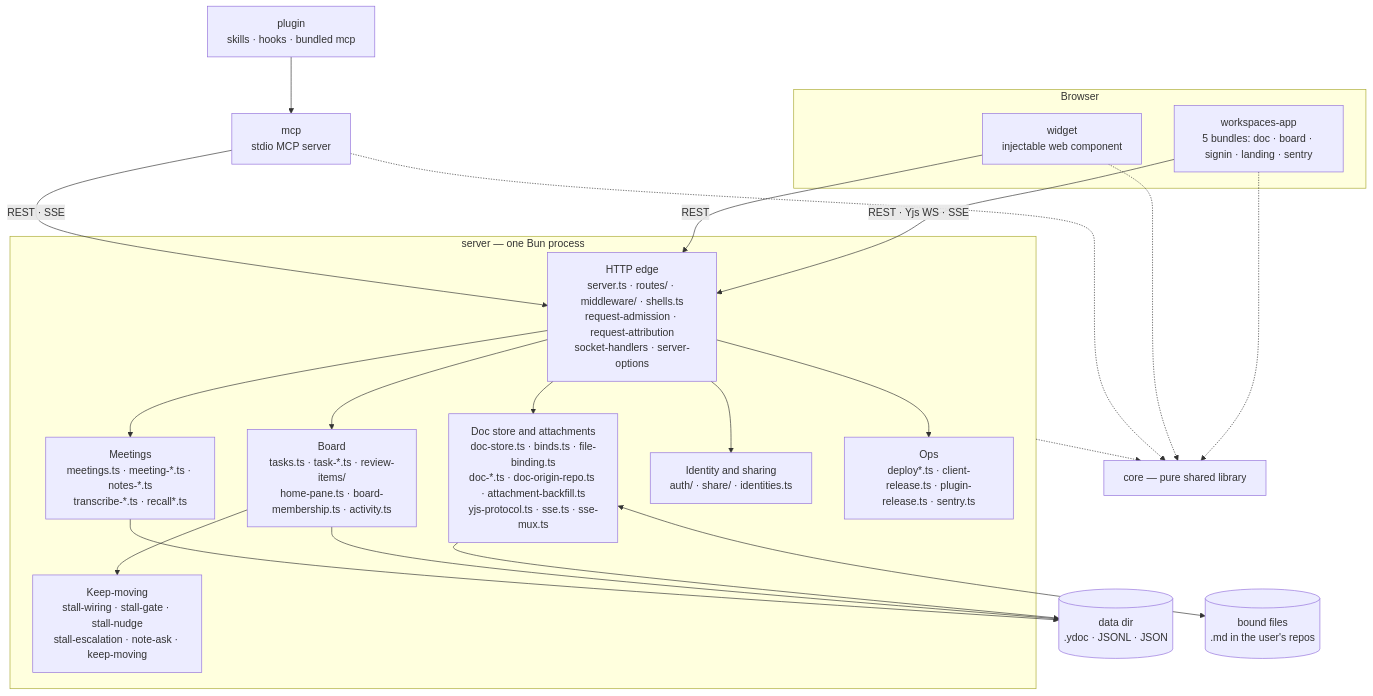
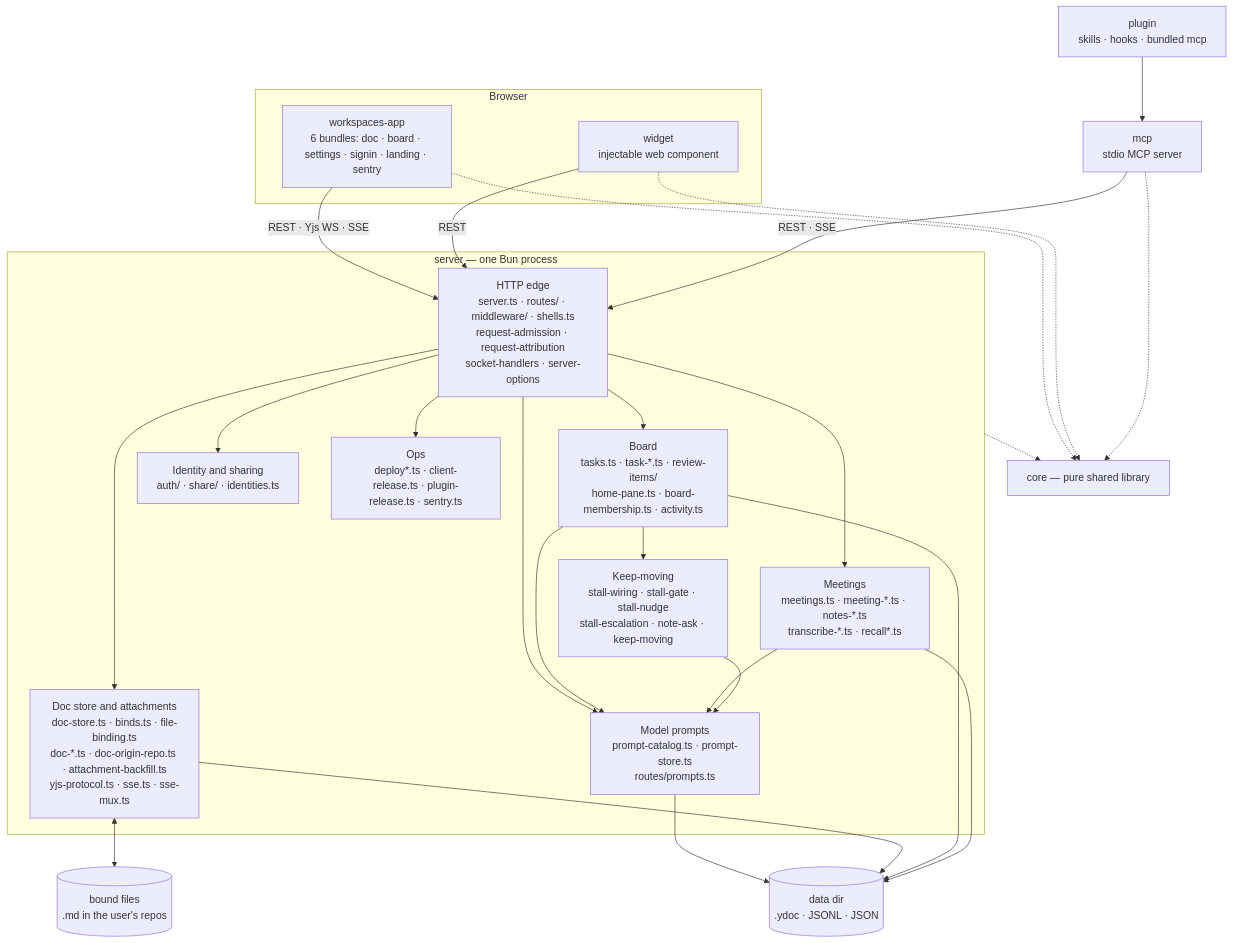
One commit to fryanpan/claude-live-feedback-plugin changed the first of 2 diagrams in docs/architecture/overview.md. Above: the diagram before and after it, drawn with Mermaid. The commit also changed other lines of this file and 35 other files, not shown here.

First line of the commit message:
Bryan can edit every prompt the system sends to a model, on a settings page of its own (#754)

````diff
--- a/docs/architecture/overview.md
+++ b/docs/architecture/overview.md
@@ -11,32 +11,35 @@
 ```mermaid
 flowchart TB
   subgraph browser[Browser]
-    app["workspaces-app<br/>5 bundles: doc · board · signin · landing · sentry"]
+    app["workspaces-app<br/>6 bundles: doc · board · settings · signin · landing · sentry"]
     wid["widget<br/>injectable web component"]
   end
   plug["plugin<br/>skills · hooks · bundled mcp"]
   mcp["mcp<br/>stdio MCP server"]
   subgraph srv["server — one Bun process"]
     edge["HTTP edge<br/>server.ts · routes/ · middleware/ · shells.ts<br/>request-admission · request-attribution<br/>socket-handlers · server-options"]
     docs["Doc store and attachments<br/>doc-store.ts · binds.ts · file-binding.ts<br/>doc-*.ts · doc-origin-repo.ts · attachment-backfill.ts<br/>yjs-protocol.ts · sse.ts · sse-mux.ts"]
     board["Board<br/>tasks.ts · task-*.ts · review-items/<br/>home-pane.ts · board-membership.ts · activity.ts"]
     meet["Meetings<br/>meetings.ts · meeting-*.ts · notes-*.ts<br/>transcribe-*.ts · recall*.ts"]
     keep["Keep-moving<br/>stall-wiring · stall-gate · stall-nudge<br/>stall-escalation · note-ask · keep-moving"]
     ident["Identity and sharing<br/>auth/ · share/ · identities.ts"]
+    prompts["Model prompts<br/>prompt-catalog.ts · prompt-store.ts<br/>routes/prompts.ts"]
     ops["Ops<br/>deploy*.ts · client-release.ts · plugin-release.ts · sentry.ts"]
   end
   core["core — pure shared library"]
   disk[("data dir<br/>.ydoc · JSONL · JSON")]
   files[("bound files<br/>.md in the user's repos")]
 
   app -->|"REST · Yjs WS · SSE"| edge
   wid -->|REST| edge
   plug --> mcp
   mcp -->|"REST · SSE"| edge
-  edge --> docs & board & meet & ident & ops
+  edge --> docs & board & meet & ident & ops & prompts
+  board & meet & keep --> prompts
+  prompts --> disk
   board --> keep
   docs <--> files
   docs & board & meet --> disk
   app & wid & mcp -.-> core
   srv -.-> core
 ```
````
